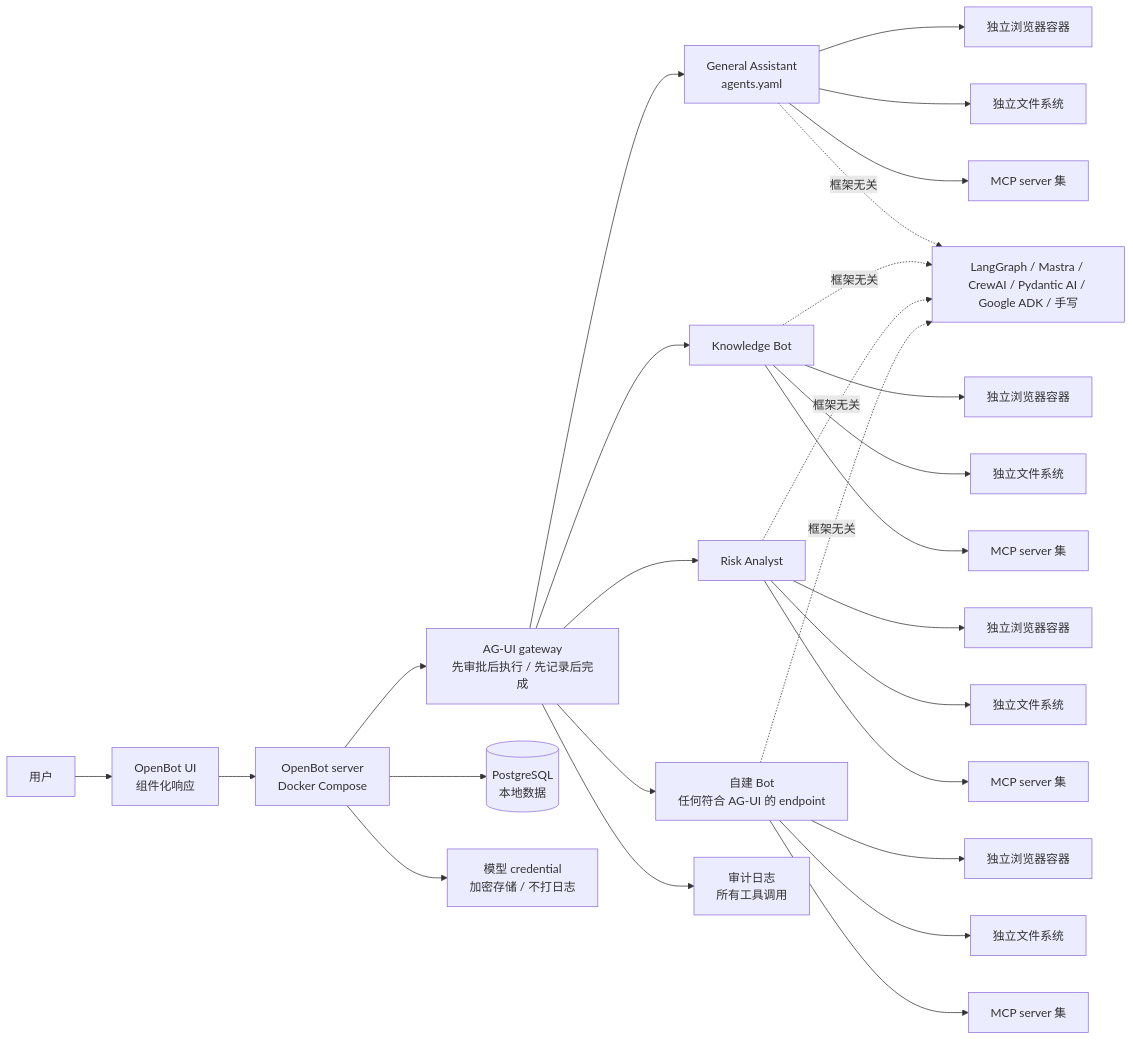
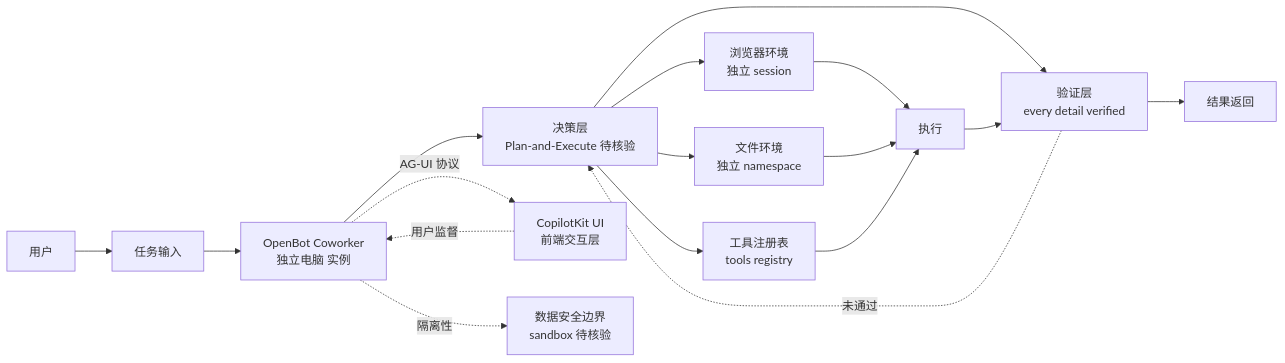
Before and after one commit to aiutil/github-researcher: the diagram in projects/openbot.md, drawn with Mermaid. The commit also changed other lines of this file and 30 other files, not shown here.

Commit message:
daily: 2026-09-07 趋势简报 + 10个项目档案（OpenBot/cumora/PRAXIST/m3e-canvas/sepia/fastpotify/human-atlas/codenotch/okf-agent-memory/codex-with-chatgpt）

````diff
--- a/projects/openbot.md
+++ b/projects/openbot.md
@@ -58,29 +63,19 @@
 ```mermaid
 flowchart LR
-  User[用户] --> UI[OpenBot UI<br/>组件化响应]
-  UI --> Server[OpenBot server<br/>Docker Compose]
-  Server --> Gateway[AG-UI gateway<br/>先审批后执行 / 先记录后完成]
-  Gateway --> Bot1[General Assistant<br/>agents.yaml]
-  Gateway --> Bot2[Knowledge Bot]
-  Gateway --> Bot3[Risk Analyst]
-  Gateway --> BotN[自建 Bot<br/>任何符合 AG-UI 的 endpoint]
-  Bot1 --> Browser1[独立浏览器容器]
-  Bot2 --> Browser2[独立浏览器容器]
-  Bot3 --> Browser3[独立浏览器容器]
-  BotN --> BrowserN[独立浏览器容器]
-  Bot1 --> Files1[独立文件系统]
-  Bot2 --> Files2[独立文件系统]
-  Bot3 --> Files3[独立文件系统]
-  BotN --> FilesN[独立文件系统]
-  Bot1 --> MCP1[MCP server 集]
-  Bot2 --> MCP2[MCP server 集]
-  Bot3 --> MCP3[MCP server 集]
-  BotN --> MCPN[MCP server 集]
-  Server --> DB[(PostgreSQL<br/>本地数据)]
-  Server --> Model[模型 credential<br/>加密存储 / 不打日志]
-  Gateway --> Audit[审计日志<br/>所有工具调用]
-  Bot1 -. 框架无关 .-> Framework[LangGraph / Mastra / CrewAI / Pydantic AI / Google ADK / 手写]
-  Bot2 -. 框架无关 .-> Framework
-  Bot3 -. 框架无关 .-> Framework
-  BotN -. 框架无关 .-> Framework
+  User[用户] --> Task[任务输入]
+  Task --> Coworker[OpenBot Coworker<br/>独立电脑 实例]
+  Coworker --> Plan[决策层<br/>Plan-and-Execute 待核验]
+  Plan --> Verify[验证层<br/>every detail verified]
+  Plan --> Browser[浏览器环境<br/>独立 session]
+  Plan --> Files[文件环境<br/>独立 namespace]
+  Plan --> Tools[工具注册表<br/>tools registry]
+  Browser --> Exec[执行]
+  Files --> Exec
+  Tools --> Exec
+  Exec --> Verify
+  Verify --> Result[结果返回]
+  Verify -.未通过.-> Plan
+  Coworker -.AG-UI 协议.-> UI[CopilotKit UI<br/>前端交互层]
+  UI -.用户监督.-> Coworker
+  Coworker -.隔离性.-> Security[数据安全边界<br/>sandbox 待核验]
 ```
````
